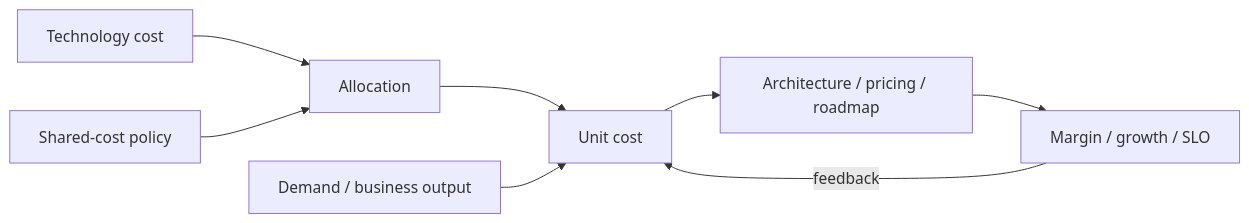
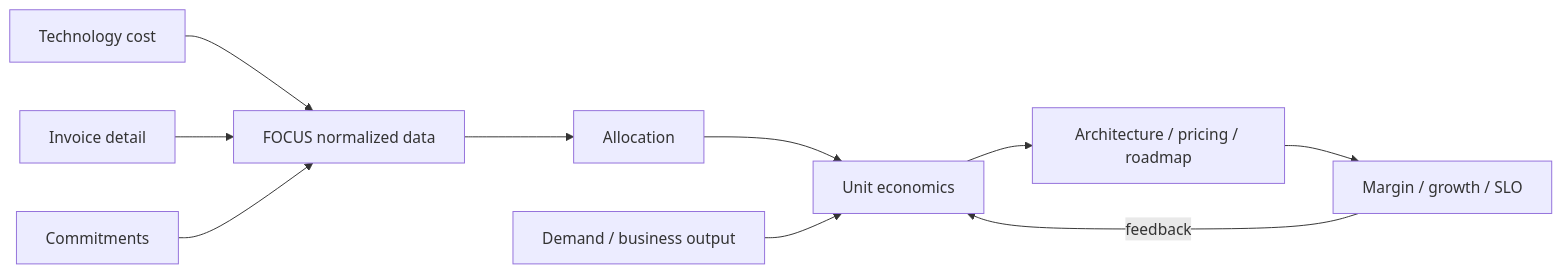
One commit to cebrailbagatarhan/software-engineering-interview-roadmap changed the diagram in docs/12-leadership-product-cto/16-finops-unit-economics-allocation-technology-value.md. Above: the diagram before and after it, drawn with Mermaid. The commit also changed other lines of this file, not shown here.

Commit message:
Extend FinOps chapter with FOCUS 1.4

````diff
--- a/docs/12-leadership-product-cto/16-finops-unit-economics-allocation-technology-value.md
+++ b/docs/12-leadership-product-cto/16-finops-unit-economics-allocation-technology-value.md
@@ -9,10 +11,12 @@
 ```mermaid
 flowchart LR
-  C[Technology cost] --> A[Allocation]
-  A --> U[Unit cost]
+  C[Technology cost] --> F[FOCUS normalized data]
+  I[Invoice detail] --> F
+  K[Commitments] --> F
+  F --> A[Allocation]
+  A --> U[Unit economics]
   D[Demand / business output] --> U
   U --> X[Architecture / pricing / roadmap]
   X --> O[Margin / growth / SLO]
   O -->|feedback| U
-  S[Shared-cost policy] --> A
 ```
````
